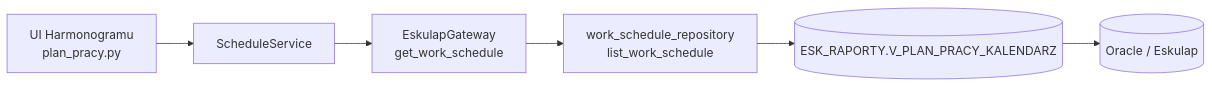
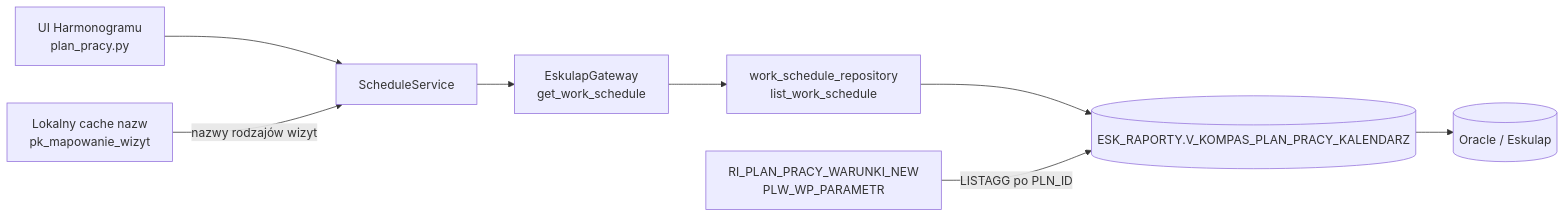
The diagram in docs/ARCHITECTURE/SCHEDULE_DATA_SOURCE.md (psychlodz/panel-koordynatora), drawn with Mermaid before and after one commit. The commit also changed other lines of this file and 15 other files, not shown here.

Commit message:
TECH-SCHEDULE-2 — Ujednolicenie widoku harmonogramu i dodanie rodzajów wizyt pracownika

````diff
--- a/docs/ARCHITECTURE/SCHEDULE_DATA_SOURCE.md
+++ b/docs/ARCHITECTURE/SCHEDULE_DATA_SOURCE.md
@@ -17,15 +17,19 @@
 ```mermaid
 flowchart LR
     UI["UI Harmonogramu<br/>plan_pracy.py"]
     S["ScheduleService"]
     G["EskulapGateway<br/>get_work_schedule"]
     R["work_schedule_repository<br/>list_work_schedule"]
-    V[("ESK_RAPORTY.V_PLAN_PRACY_KALENDARZ")]
+    W["RI_PLAN_PRACY_WARUNKI_NEW<br/>PLW_WP_PARAMETR"]
+    V[("ESK_RAPORTY.V_KOMPAS_PLAN_PRACY_KALENDARZ")]
     O[("Oracle / Eskulap")]
+    L["Lokalny cache nazw<br/>pk_mapowanie_wizyt"]
 
     UI --> S
     S --> G
     G --> R
     R --> V
+    W -->|"LISTAGG po PLN_ID"| V
     V --> O
+    L -->|"nazwy rodzajów wizyt"| S
 ```
````
